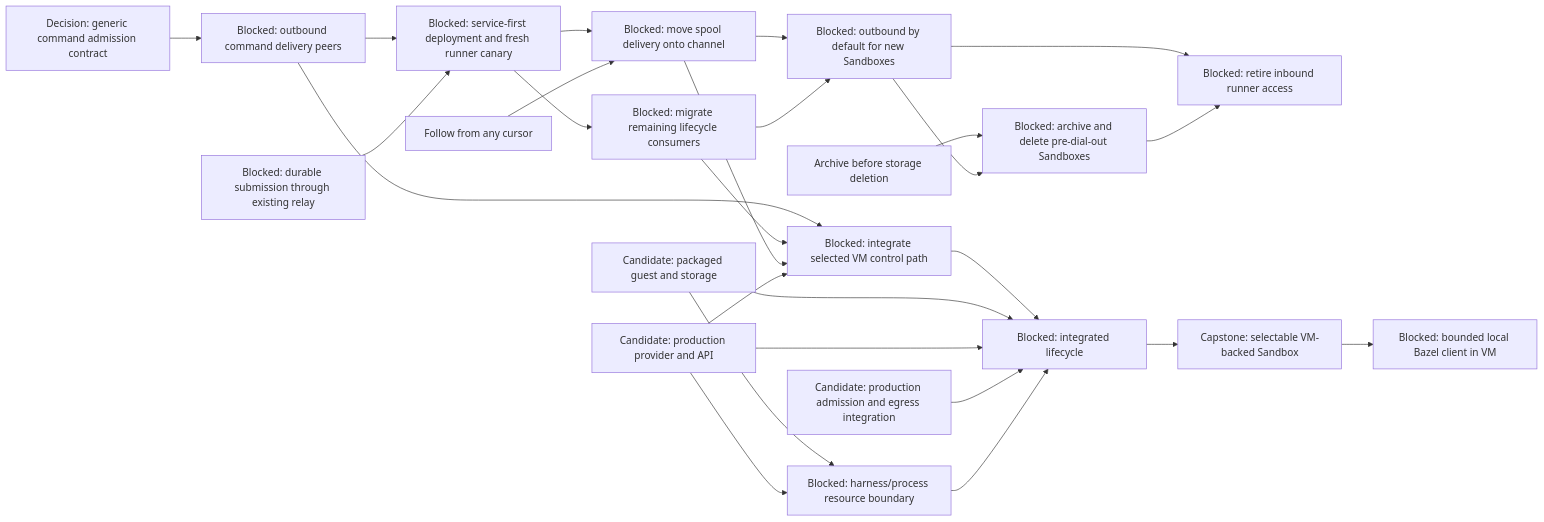
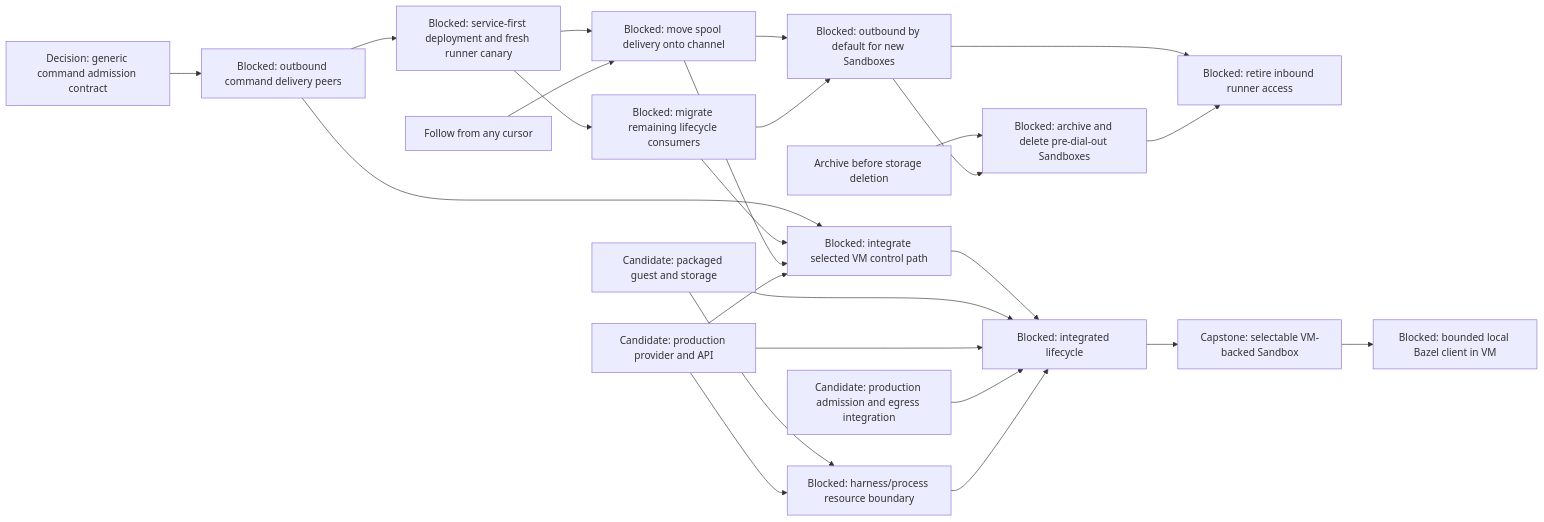
The sixth of 9 diagrams in agentplane/plans/task_dag.md (agentydragon/ducktape), drawn with Mermaid before and after one commit. The commit also changed other lines of this file and 13 other files, not shown here.

First line of the commit message:
agentplane: durable SubmitCommand over the existing relay

````diff
--- a/agentplane/plans/task_dag.md
+++ b/agentplane/plans/task_dag.md
@@ -404,40 +389,38 @@
 ```mermaid
 flowchart LR
     RUNNER_OUTBOUND_CHANNEL[Blocked: outbound command delivery peers]
     RUNNER_OUTBOUND_CANARY[Blocked: service-first deployment and fresh runner canary]
-    SESSION_COMMAND_SUBMISSION[Blocked: durable submission through existing relay]
     RUNNER_OUTBOUND_SPOOL[Blocked: move spool delivery onto channel]
     RUNNER_OUTBOUND_LIFECYCLE[Blocked: migrate remaining lifecycle consumers]
     RUNNER_OUTBOUND_ROLLOUT[Blocked: outbound by default for new Sandboxes]
     VM_CONTROL_NETWORKING[Blocked: integrate selected VM control path]
     VM_IMAGE[Candidate: packaged guest and storage]
     VM_PROVIDER[Candidate: production provider and API]
     VM_EGRESS[Candidate: production admission and egress integration]
     VM_PROCESS_ISOLATION[Blocked: harness/process resource boundary]
     VM_LIFECYCLE[Blocked: integrated lifecycle]
     SESSION_COMMAND_CONTRACT[Decision: generic command admission contract] --> RUNNER_OUTBOUND_CHANNEL
     RUNNER_OUTBOUND_CHANNEL --> VM_CONTROL_NETWORKING
     RUNNER_OUTBOUND_LIFECYCLE --> VM_CONTROL_NETWORKING
     RUNNER_OUTBOUND_SPOOL --> VM_CONTROL_NETWORKING
     RUNNER_OUTBOUND_CHANNEL --> RUNNER_OUTBOUND_CANARY
-    SESSION_COMMAND_SUBMISSION --> RUNNER_OUTBOUND_CANARY
     RUNNER_OUTBOUND_CANARY --> RUNNER_OUTBOUND_SPOOL
     RUNNER_OUTBOUND_CANARY --> RUNNER_OUTBOUND_LIFECYCLE
     RUNNER_OUTBOUND_SPOOL --> RUNNER_OUTBOUND_ROLLOUT
     RUNNER_OUTBOUND_LIFECYCLE --> RUNNER_OUTBOUND_ROLLOUT
     RUNNER_OUTBOUND_ROLLOUT --> RUNNER_INBOUND_RETIRE[Blocked: retire inbound runner access]
     SANDBOX_LIFECYCLE_DURABILITY[Archive before storage deletion] --> LEGACY_SANDBOX_RETIRE[Blocked: archive and delete pre-dial-out Sandboxes]
     RUNNER_OUTBOUND_ROLLOUT --> LEGACY_SANDBOX_RETIRE
     LEGACY_SANDBOX_RETIRE --> RUNNER_INBOUND_RETIRE
     FOLLOW_REPLAY[Follow from any cursor] --> RUNNER_OUTBOUND_SPOOL
     VM_PROVIDER --> VM_CONTROL_NETWORKING
     VM_CONTROL_NETWORKING --> VM_LIFECYCLE
     VM_IMAGE --> VM_PROCESS_ISOLATION
     VM_PROVIDER --> VM_PROCESS_ISOLATION
     VM_IMAGE --> VM_LIFECYCLE
     VM_PROVIDER --> VM_LIFECYCLE
     VM_EGRESS --> VM_LIFECYCLE
     VM_PROCESS_ISOLATION --> VM_LIFECYCLE
     VM_LIFECYCLE --> SANDBOX_VM_ISOLATION[Capstone: selectable VM-backed Sandbox]
     SANDBOX_VM_ISOLATION --> LOCAL_BAZEL[Blocked: bounded local Bazel client in VM]
 ```
````
